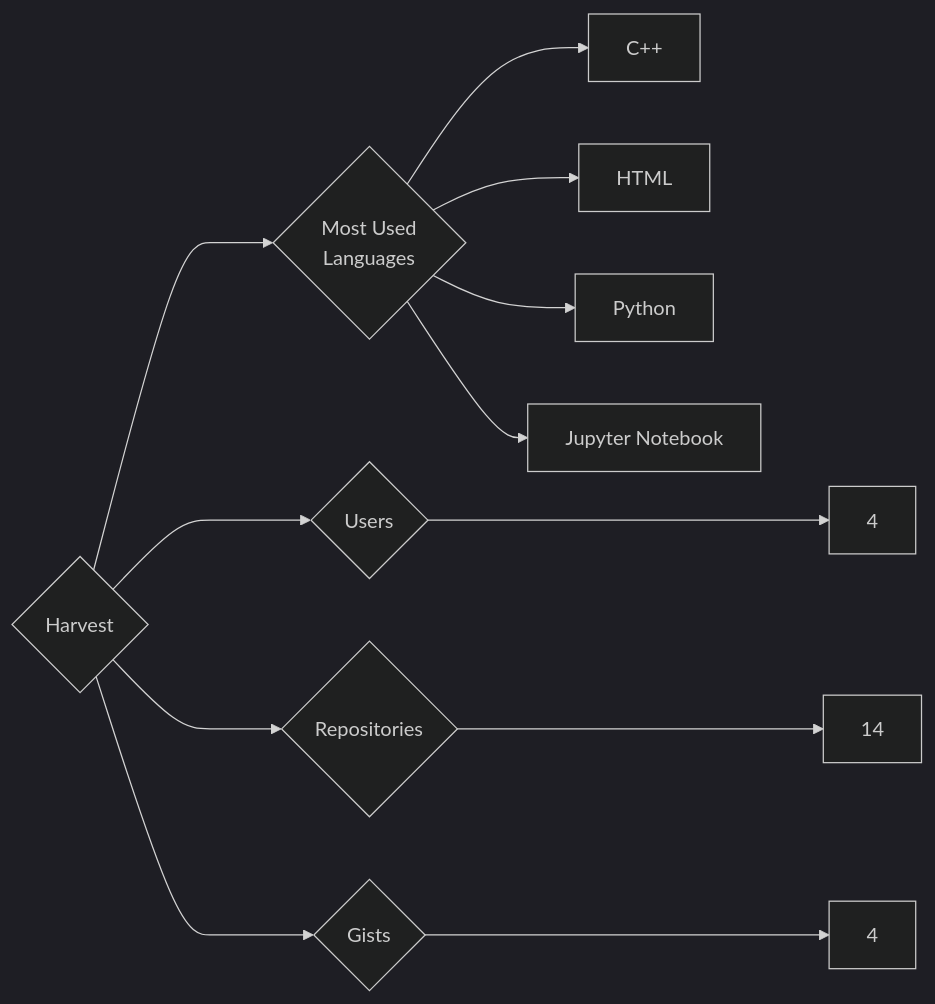
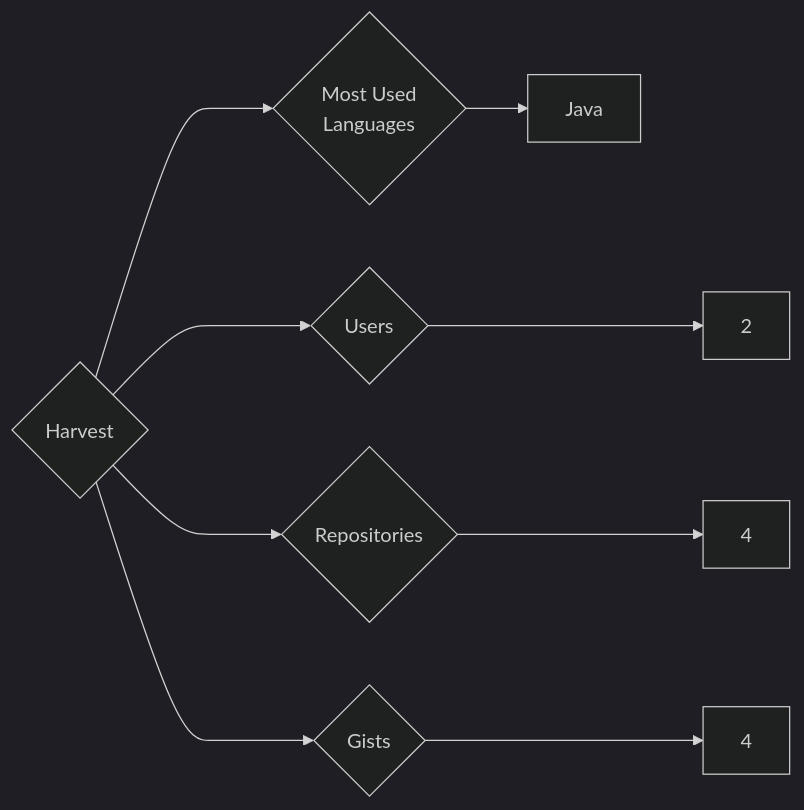
The diagram in targets/Harvest/README.md (trickest/insiders), drawn with Mermaid (dark theme) before and after one commit. The commit also changed 1149 other files, not shown here.

````diff
--- a/targets/Harvest/README.md
+++ b/targets/Harvest/README.md
@@ -3,12 +3,9 @@
 ```mermaid
 graph LR
 COMPANY_NAME{Harvest}
-COMPANY_NAME ---> U{Users} ---> UN[4]
-COMPANY_NAME ---> R{Repositories} ---> RN[14]
+COMPANY_NAME ---> U{Users} ---> UN[2]
+COMPANY_NAME ---> R{Repositories} ---> RN[4]
 COMPANY_NAME ---> G{Gists} ---> GN[4]
 COMPANY_NAME ---> ML{Most Used<br>Languages}
-ML --> C++[C++]
-ML --> HTML[HTML]
-ML --> Python[Python]
-ML --> Jupyter_Notebook[Jupyter Notebook]
+ML --> Java[Java]
 ```
````
